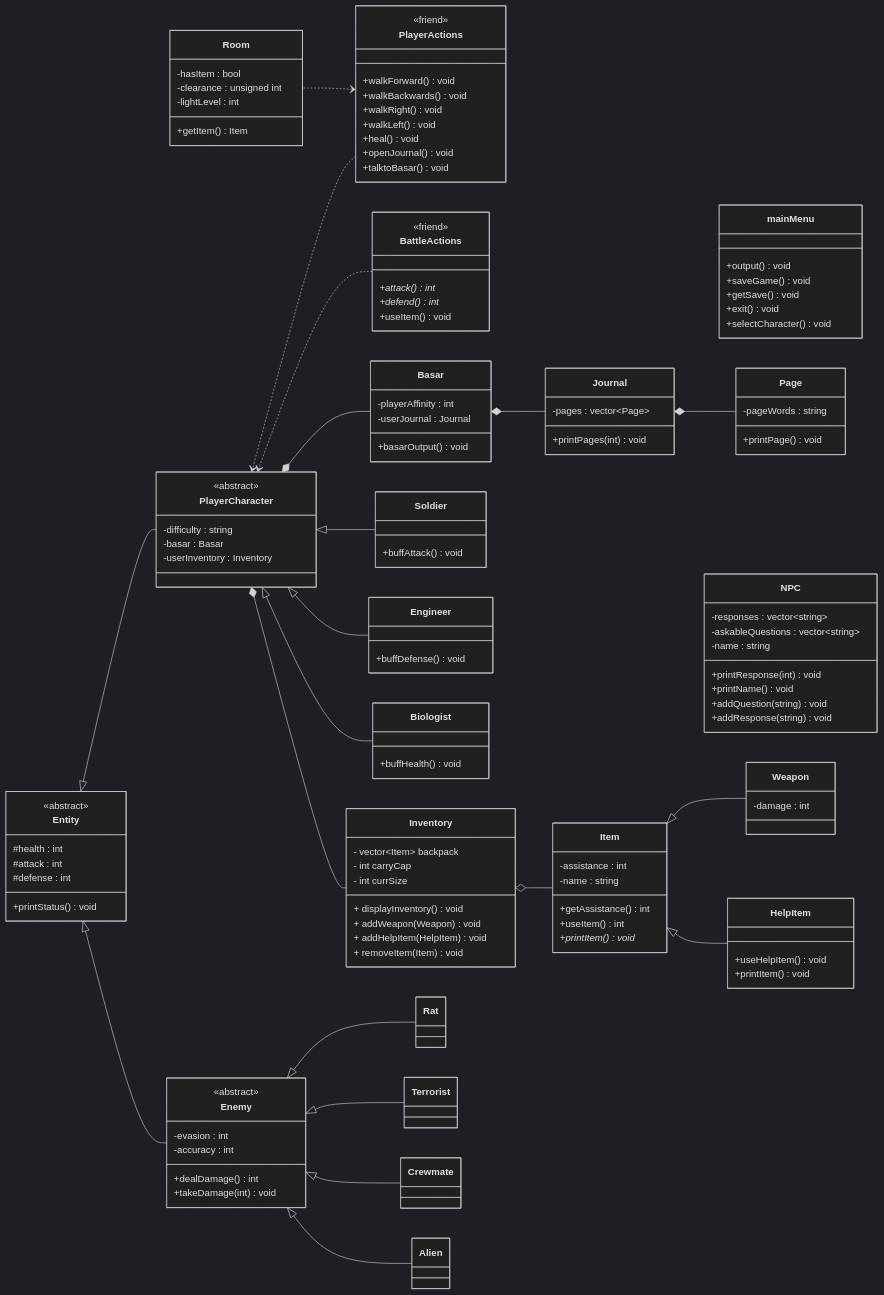
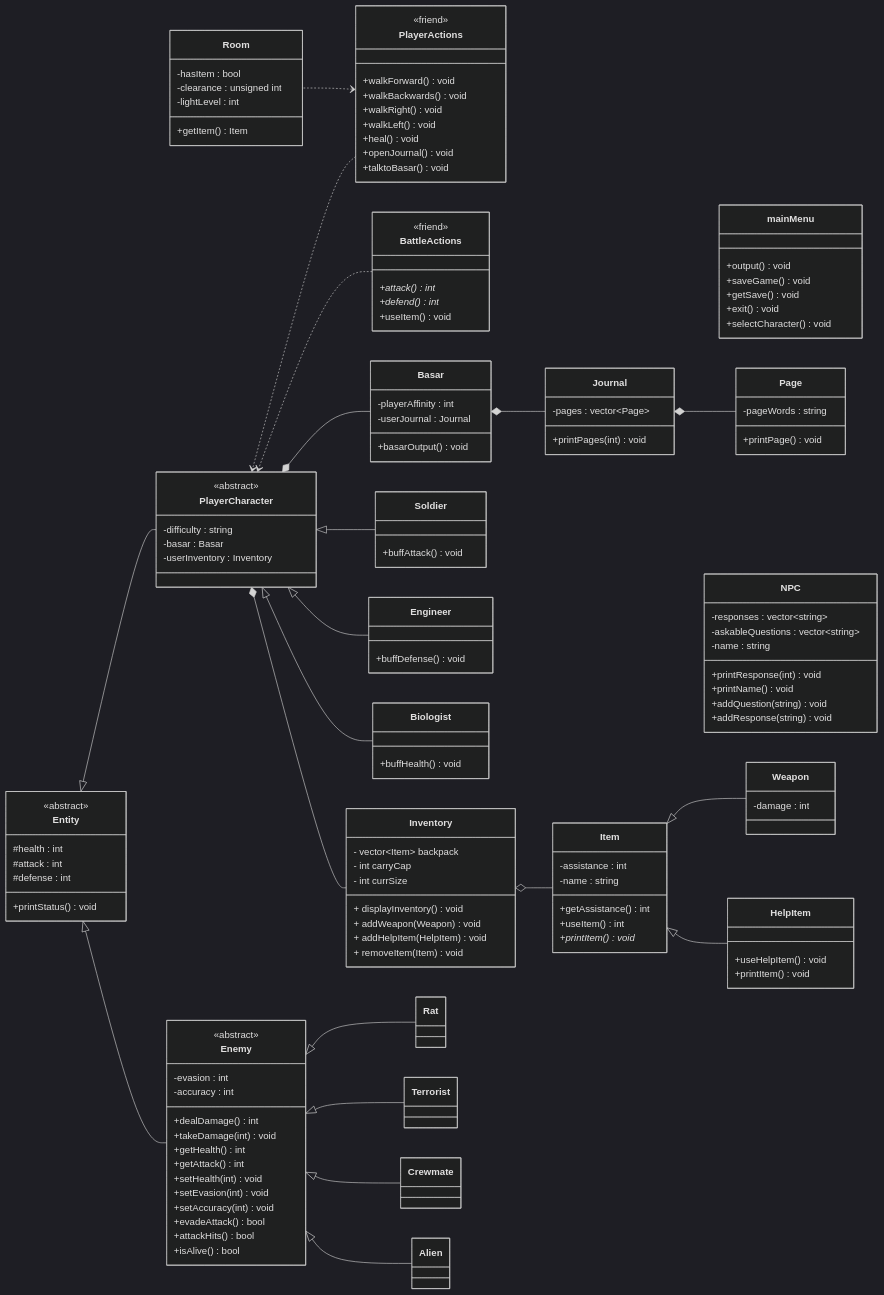
One commit to jalee314/dAEraFinal changed the diagram in README.md. Above: the diagram before and after it, drawn with Mermaid (dark theme).

Commit message:
Updated functions on class diagram for enemy class

```diff
--- a/README.md
+++ b/README.md
@@ -155,6 +155,15 @@
     -accuracy : int
     +dealDamage()int
     +takeDamage(int)void
+    +getHealth()int
+    +getAttack()int
+    +setHealth(int)void
+    +setEvasion(int)void
+    +setAccuracy(int)void
+    +evadeAttack()bool
+    +attackHits()bool
+    +isAlive()bool
+	
 }
 <<abstract>> Enemy
 
```
